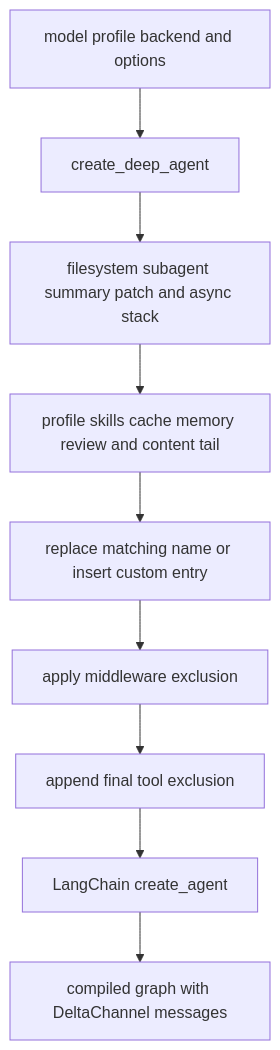
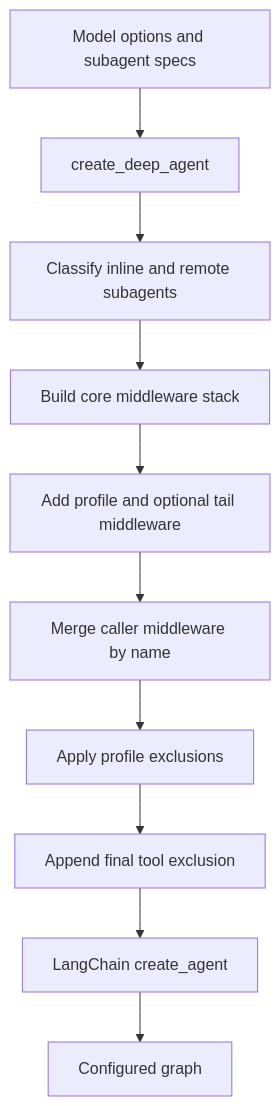
Before and after one commit to langchain-ai/deepagents: the second of 3 diagrams in openwiki/architecture/source-map.md, drawn with Mermaid. The commit also changed other lines of this file and 30 other files, not shown here.

````diff
--- a/openwiki/architecture/source-map.md
+++ b/openwiki/architecture/source-map.md
@@ -79,11 +68,12 @@
 ```mermaid
 flowchart TD
-  Inputs["model profile backend and options"] --> Assemble["create_deep_agent"]
-  Assemble --> Core["filesystem subagent summary patch and async stack"]
-  Core --> Tail["profile skills cache memory review and content tail"]
-  Tail --> Merge["replace matching name or insert custom entry"]
-  Merge --> Exclude["apply middleware exclusion"]
-  Exclude --> Filter["append final tool exclusion"]
-  Filter --> Agent["LangChain create_agent"]
-  Agent --> Graph["compiled graph with DeltaChannel messages"]
+  Inputs["Model options and subagent specs"] --> Build["create_deep_agent"]
+  Build --> Classify["Classify inline and remote subagents"]
+  Classify --> Core["Build core middleware stack"]
+  Core --> Tail["Add profile and optional tail middleware"]
+  Tail --> Merge["Merge caller middleware by name"]
+  Merge --> Filter["Apply profile exclusions"]
+  Filter --> Tools["Append final tool exclusion"]
+  Tools --> Compile["LangChain create_agent"]
+  Compile --> Agent["Configured graph"]
 ```
````
